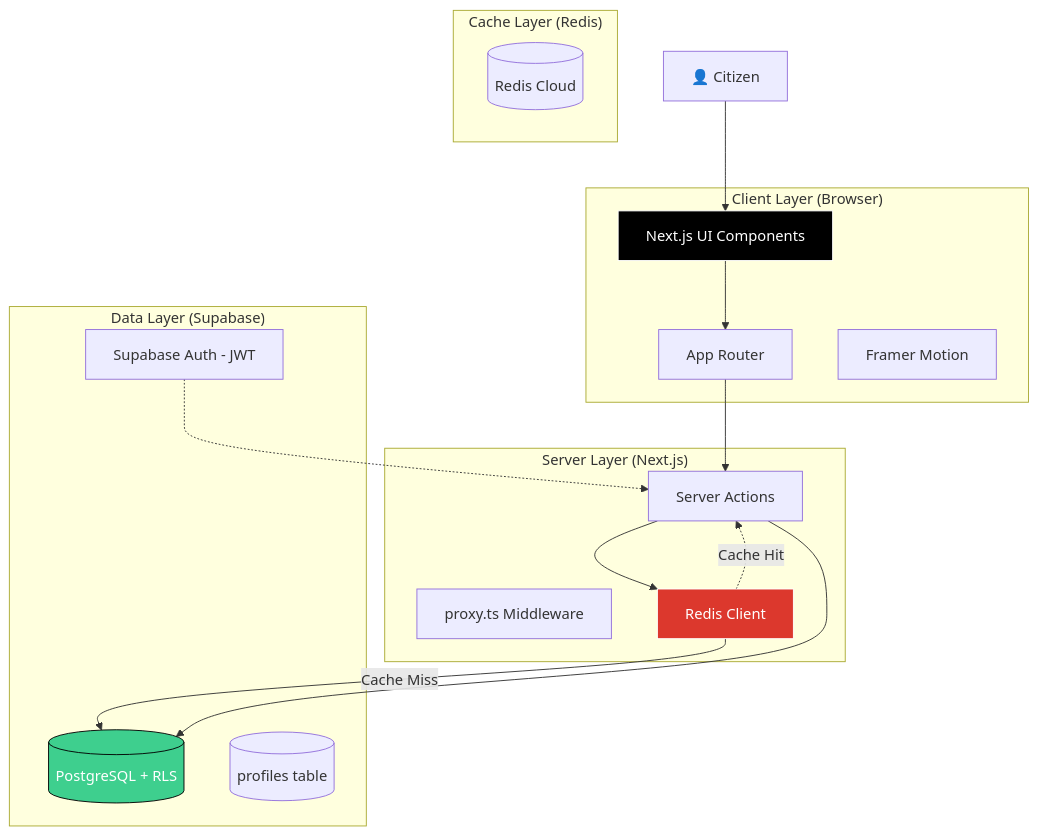
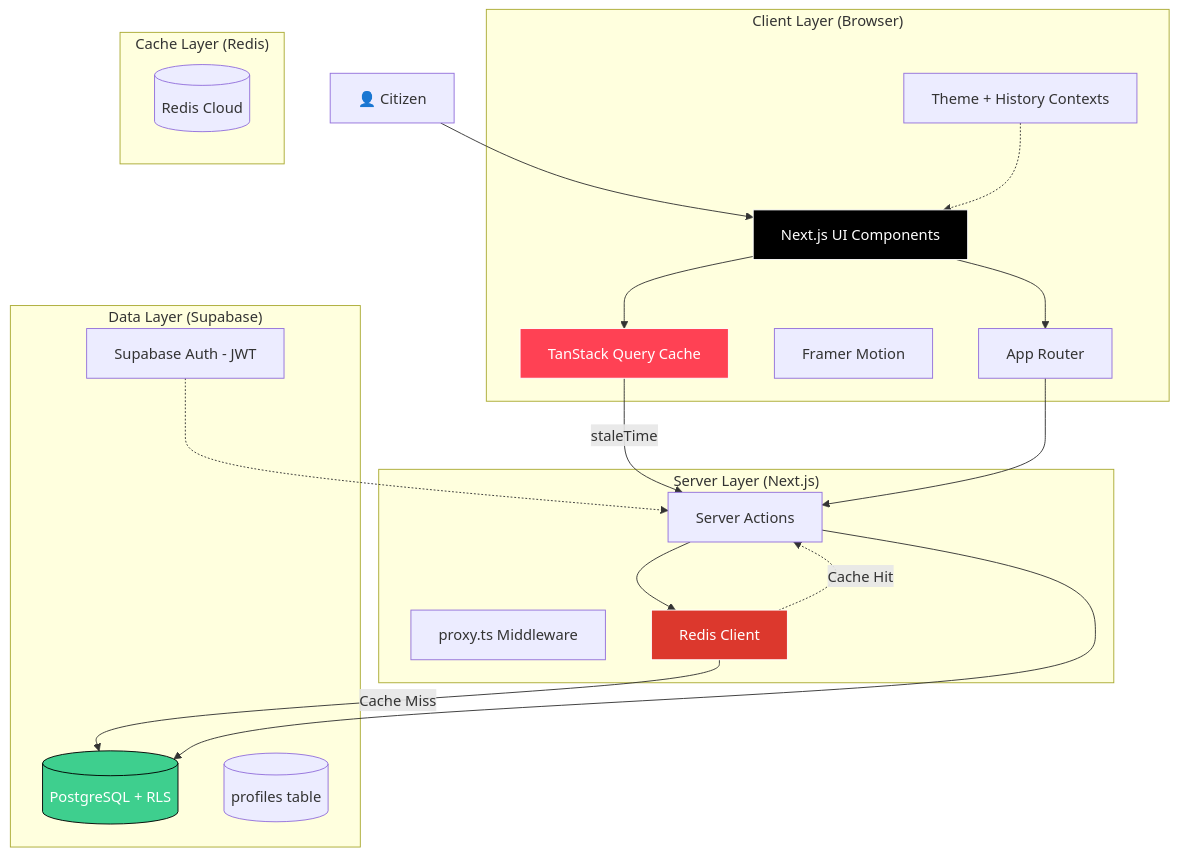
One commit to joaoSilva240/ouvidoria-ativa-boituva changed the diagram in README.md. Above: the diagram before and after it, drawn with Mermaid. The commit also changed other lines of this file, not shown here.

Commit message:
docs: update README with TanStack Query and Unified Sidebar architecture

````diff
--- a/README.md
+++ b/README.md
@@ -24,37 +25,43 @@
 ```mermaid
 graph TB
     subgraph "Client Layer (Browser)"
         UI[Next.js UI Components]
         Router[App Router]
         Motion[Framer Motion]
+        TQ[TanStack Query Cache]
+        Contexts[Theme + History Contexts]
     end
     
     subgraph "Server Layer (Next.js)"
         SA[Server Actions]
         Proxy[proxy.ts Middleware]
         Cache[Redis Client]
     end
     
     subgraph "Cache Layer (Redis)"
         RC[(Redis Cloud)]
     end
     
     subgraph "Data Layer (Supabase)"
         Auth[Supabase Auth - JWT]
         DB[(PostgreSQL + RLS)]
         Profiles[(profiles table)]
     end
     
     User[👤 Citizen] --> UI
     UI --> Router
+    UI --> TQ
+    TQ -->|staleTime| SA
     Router --> SA
     SA --> Cache
     Cache -.->|Cache Hit| SA
     Cache -->|Cache Miss| DB
     SA --> DB
     Auth -.-> SA
+    Contexts -.-> UI
     
     style UI fill:#000,stroke:#fff,color:#fff
+    style TQ fill:#FF4154,stroke:#fff,color:#fff
     style Cache fill:#DC382D,stroke:#fff,color:#fff
     style DB fill:#3ECF8E,stroke:#000,color:#fff
 ```
````
